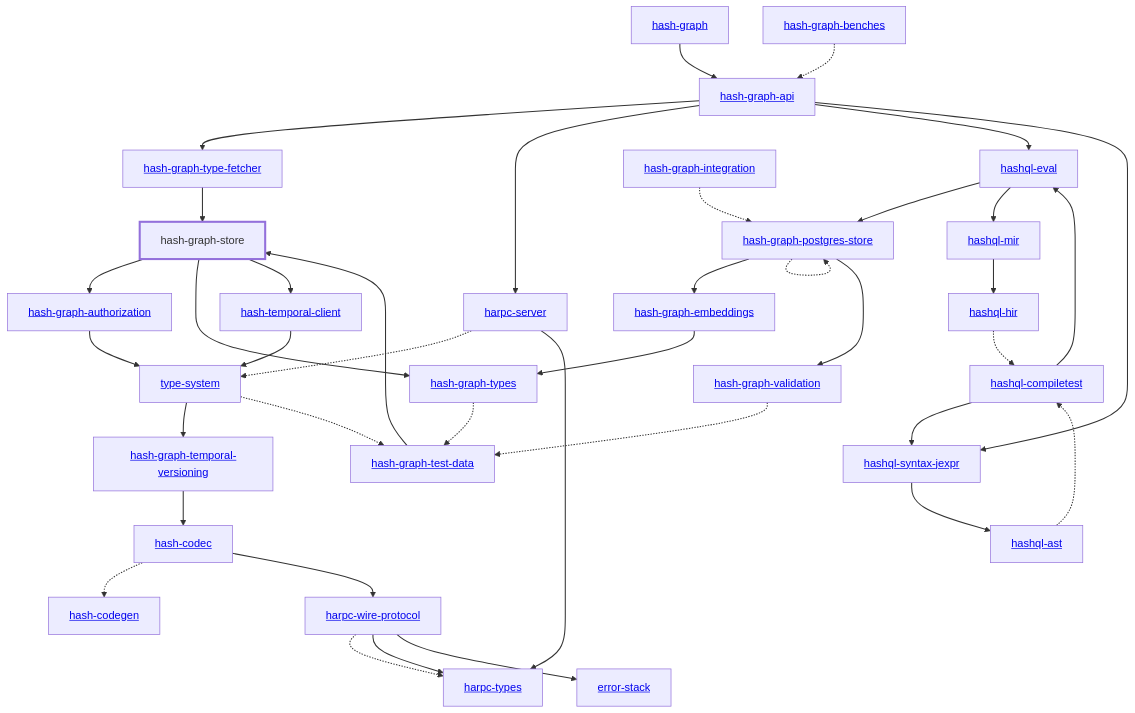
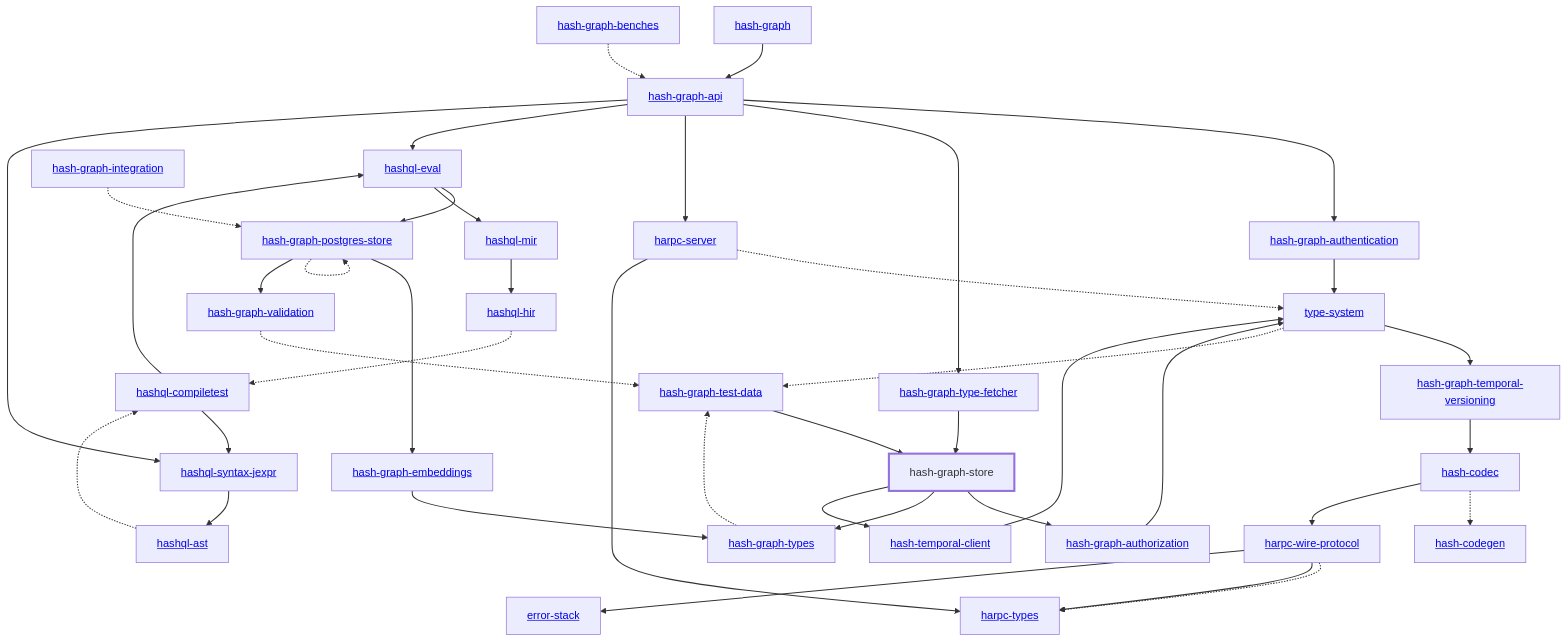
The diagram in libs/@local/graph/store/docs/dependency-diagram.mmd (hashintel/hash), drawn with Mermaid before and after one commit. The commit also changed 12 other files, not shown here.

Commit message:
Generate dependency diagrams

```diff
--- a/libs/@local/graph/store/docs/dependency-diagram.mmd
+++ b/libs/@local/graph/store/docs/dependency-diagram.mmd
@@ -1,76 +1,79 @@
 graph TD
     linkStyle default stroke-width:1.5px
     classDef default stroke-width:1px
     classDef root stroke-width:3px
     classDef dev stroke-width:1px
     classDef build stroke-width:1px
     %% Legend
     %% --> : Normal dependency
     %% -.-> : Dev dependency
     %% ---> : Build dependency
     0[<a href="../hash_graph/index.html">hash-graph</a>]
     1[<a href="../type_system/index.html">type-system</a>]
     2[<a href="../hash_codec/index.html">hash-codec</a>]
     3[<a href="../hash_codegen/index.html">hash-codegen</a>]
     4[<a href="../hash_graph_api/index.html">hash-graph-api</a>]
-    5[<a href="../hash_graph_authorization/index.html">hash-graph-authorization</a>]
-    6[<a href="../hash_graph_embeddings/index.html">hash-graph-embeddings</a>]
-    7[<a href="../hash_graph_postgres_store/index.html">hash-graph-postgres-store</a>]
-    8[hash-graph-store]
-    class 8 root
-    9[<a href="../hash_graph_temporal_versioning/index.html">hash-graph-temporal-versioning</a>]
-    10[<a href="../hash_graph_type_fetcher/index.html">hash-graph-type-fetcher</a>]
-    11[<a href="../hash_graph_types/index.html">hash-graph-types</a>]
-    12[<a href="../hash_graph_validation/index.html">hash-graph-validation</a>]
-    13[<a href="../harpc_server/index.html">harpc-server</a>]
-    14[<a href="../harpc_types/index.html">harpc-types</a>]
-    15[<a href="../harpc_wire_protocol/index.html">harpc-wire-protocol</a>]
-    16[<a href="../hashql_ast/index.html">hashql-ast</a>]
-    17[<a href="../hashql_compiletest/index.html">hashql-compiletest</a>]
-    18[<a href="../hashql_eval/index.html">hashql-eval</a>]
-    19[<a href="../hashql_hir/index.html">hashql-hir</a>]
-    20[<a href="../hashql_mir/index.html">hashql-mir</a>]
-    21[<a href="../hashql_syntax_jexpr/index.html">hashql-syntax-jexpr</a>]
-    22[<a href="../hash_temporal_client/index.html">hash-temporal-client</a>]
-    23[<a href="../error_stack/index.html">error-stack</a>]
-    24[<a href="../hash_graph_benches/index.html">hash-graph-benches</a>]
-    25[<a href="../hash_graph_integration/index.html">hash-graph-integration</a>]
-    26[<a href="../hash_graph_test_data/index.html">hash-graph-test-data</a>]
+    5[<a href="../hash_graph_authentication/index.html">hash-graph-authentication</a>]
+    6[<a href="../hash_graph_authorization/index.html">hash-graph-authorization</a>]
+    7[<a href="../hash_graph_embeddings/index.html">hash-graph-embeddings</a>]
+    8[<a href="../hash_graph_postgres_store/index.html">hash-graph-postgres-store</a>]
+    9[hash-graph-store]
+    class 9 root
+    10[<a href="../hash_graph_temporal_versioning/index.html">hash-graph-temporal-versioning</a>]
+    11[<a href="../hash_graph_type_fetcher/index.html">hash-graph-type-fetcher</a>]
+    12[<a href="../hash_graph_types/index.html">hash-graph-types</a>]
+    13[<a href="../hash_graph_validation/index.html">hash-graph-validation</a>]
+    14[<a href="../harpc_server/index.html">harpc-server</a>]
+    15[<a href="../harpc_types/index.html">harpc-types</a>]
+    16[<a href="../harpc_wire_protocol/index.html">harpc-wire-protocol</a>]
+    17[<a href="../hashql_ast/index.html">hashql-ast</a>]
+    18[<a href="../hashql_compiletest/index.html">hashql-compiletest</a>]
+    19[<a href="../hashql_eval/index.html">hashql-eval</a>]
+    20[<a href="../hashql_hir/index.html">hashql-hir</a>]
+    21[<a href="../hashql_mir/index.html">hashql-mir</a>]
+    22[<a href="../hashql_syntax_jexpr/index.html">hashql-syntax-jexpr</a>]
+    23[<a href="../hash_temporal_client/index.html">hash-temporal-client</a>]
+    24[<a href="../error_stack/index.html">error-stack</a>]
+    25[<a href="../hash_graph_benches/index.html">hash-graph-benches</a>]
+    26[<a href="../hash_graph_integration/index.html">hash-graph-integration</a>]
+    27[<a href="../hash_graph_test_data/index.html">hash-graph-test-data</a>]
     0 --> 4
-    1 --> 9
-    1 -.-> 26
+    1 --> 10
+    1 -.-> 27
     2 -.-> 3
-    2 --> 15
-    4 --> 10
-    4 --> 13
-    4 --> 18
-    4 --> 21
+    2 --> 16
+    4 --> 5
+    4 --> 11
+    4 --> 14
+    4 --> 19
+    4 --> 22
     5 --> 1
-    6 --> 11
-    7 --> 6
-    7 -.-> 7
+    6 --> 1
     7 --> 12
-    8 --> 5
-    8 --> 11
-    8 --> 22
-    9 --> 2
-    10 --> 8
-    11 -.-> 26
-    12 -.-> 26
-    13 -.-> 1
-    13 --> 14
-    15 -.-> 14
-    15 --> 14
-    15 --> 23
-    16 -.-> 17
-    17 --> 18
-    17 --> 21
-    18 --> 7
-    18 --> 20
-    19 -.-> 17
-    20 --> 19
-    21 --> 16
-    22 --> 1
-    24 -.-> 4
-    25 -.-> 7
-    26 --> 8
+    8 --> 7
+    8 -.-> 8
+    8 --> 13
+    9 --> 6
+    9 --> 12
+    9 --> 23
+    10 --> 2
+    11 --> 9
+    12 -.-> 27
+    13 -.-> 27
+    14 -.-> 1
+    14 --> 15
+    16 -.-> 15
+    16 --> 15
+    16 --> 24
+    17 -.-> 18
+    18 --> 19
+    18 --> 22
+    19 --> 8
+    19 --> 21
+    20 -.-> 18
+    21 --> 20
+    22 --> 17
+    23 --> 1
+    25 -.-> 4
+    26 -.-> 8
+    27 --> 9
```
